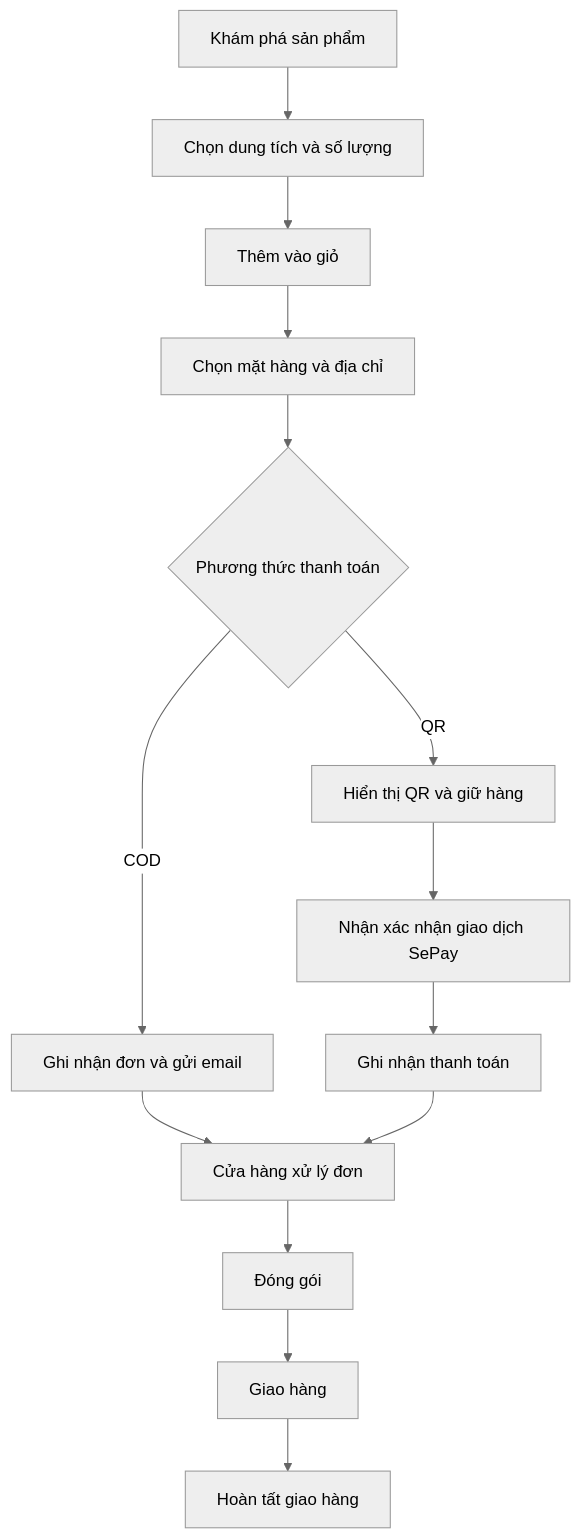
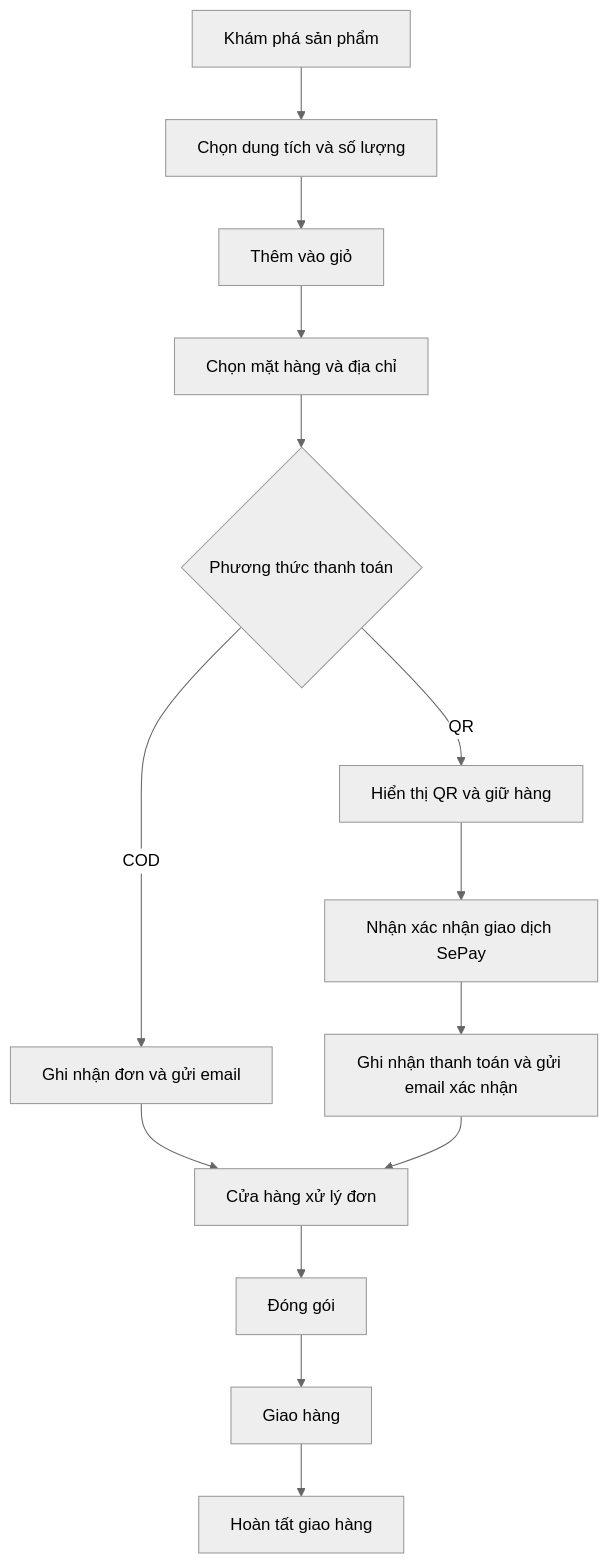
The second of 3 diagrams in README.md (dlixi-90/vouges), drawn with Mermaid (neutral theme) before and after one commit. The commit also changed other lines of this file and 198 other files, not shown here.

````diff
--- a/README.md
+++ b/README.md
@@ -150,16 +151,16 @@
 ```mermaid
 flowchart TD
     A[Khám phá sản phẩm] --> B[Chọn dung tích và số lượng]
     B --> C[Thêm vào giỏ]
     C --> D[Chọn mặt hàng và địa chỉ]
     D --> E{Phương thức thanh toán}
     E -->|COD| F[Ghi nhận đơn và gửi email]
     E -->|QR| G[Hiển thị QR và giữ hàng]
     G --> H[Nhận xác nhận giao dịch SePay]
-    H --> I[Ghi nhận thanh toán]
+    H --> I[Ghi nhận thanh toán và gửi email xác nhận]
     F --> J[Cửa hàng xử lý đơn]
     I --> J
     J --> K[Đóng gói]
     K --> L[Giao hàng]
     L --> M[Hoàn tất giao hàng]
 ```
````
